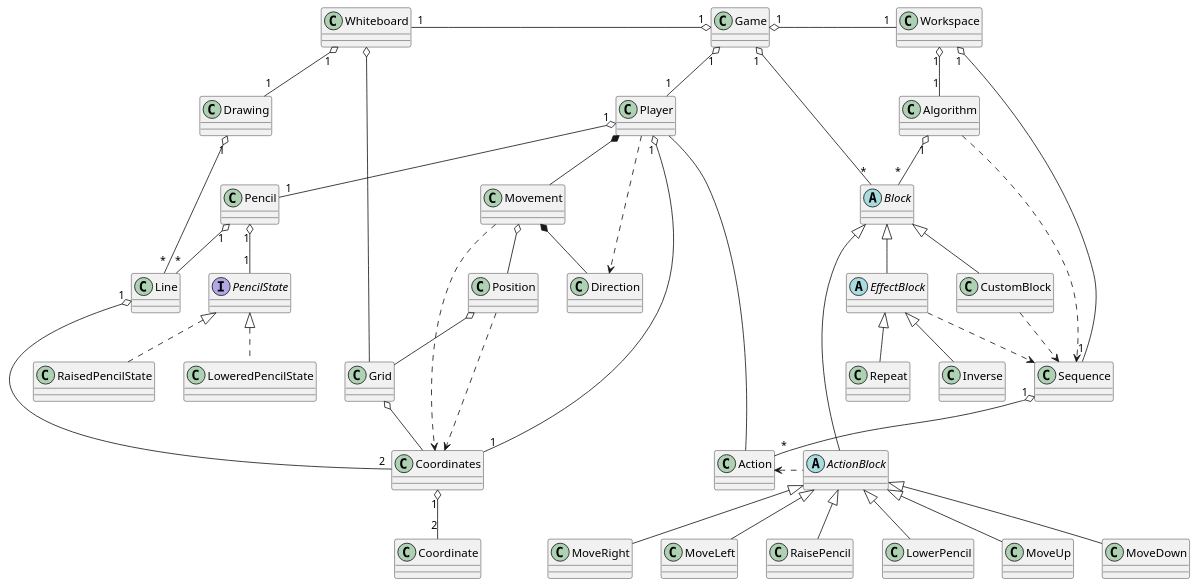
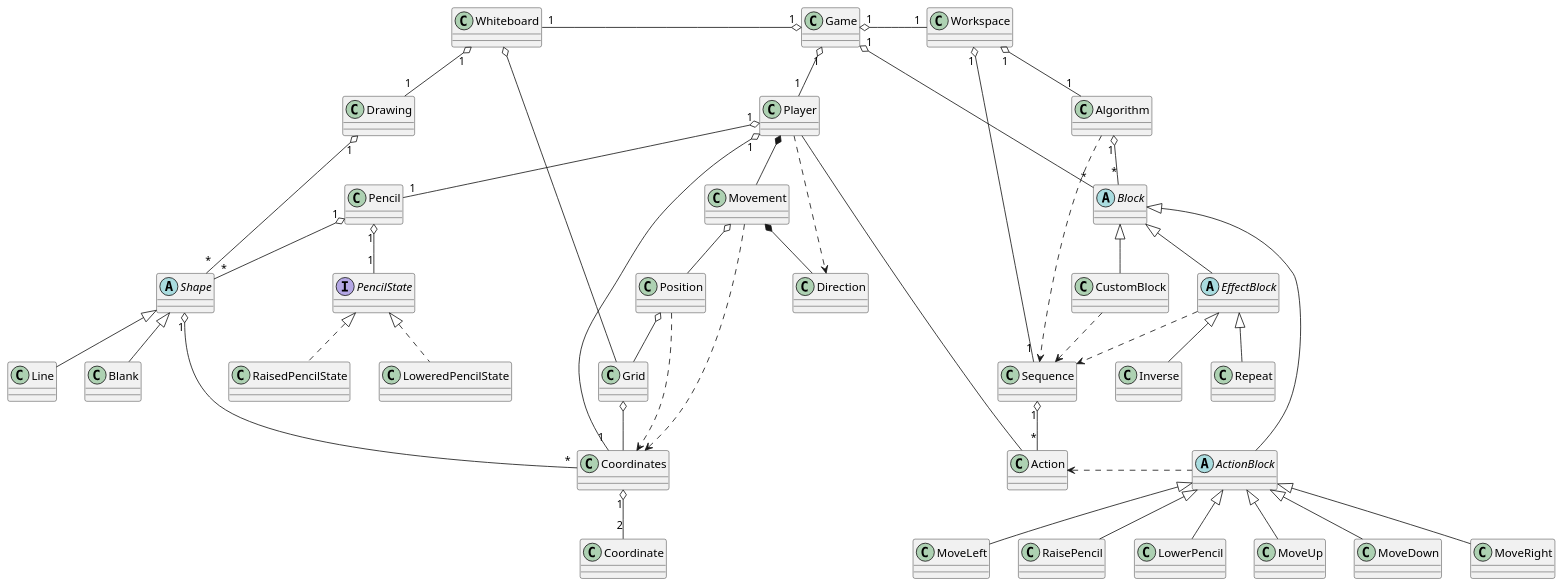
One commit to mati1297/tp2_algoblocks changed the diagram in diagrams/class.plantuml. Above: the diagram before and after it, drawn with PlantUML.

Commit message:
Added abstract class Shape and concrete class Blank (shape) to class diagram.

```diff
--- a/diagrams/class.plantuml
+++ b/diagrams/class.plantuml
@@ -1,182 +1,192 @@
 @startuml
 class Game {
 
 }
 
 class Player {
 
 }
 
 class Coordinates {
 
 }
 
 class Coordinate {
 
 }
 
 class Pencil {
 
 }
 
 interface PencilState {
 
 }
 
 class RaisedPencilState {
 
 }
 
 class LoweredPencilState {
 
 }
 
 class Whiteboard {
 
 }
 
 
 class Drawing {
 
 }
 
+abstract class Shape{
+
+}
+
 class Line {
+
+}
+
+class Blank {
 
 }
 
 class Workspace {
 
 }
 
 class Algorithm {
 
 }
 
 class Sequence {
 
 }
 
 class Action {
 
 }
 
 abstract class Block {
 
 }
 
 abstract class ActionBlock {
 
 }
 
 abstract class EffectBlock {
 
 }
 
 class MoveUp {
 
 }
 
 class MoveDown {
 
 }
 
 class MoveRight {
 
 }
 
 class MoveLeft {
 
 }
 
 class RaisePencil {
 
 }
 
 class LowerPencil {
 
 }
 
 class Repeat {
 
 }
 
 class Inverse {
 
 }
 
 class CustomBlock {
 
 }
 
 
 class Grid {
 
 }
 
 class Movement{
     
 }
 
 class Direction{
 
 }
 
 class Position{
-    
+
 }
 
 Game "1" o-- "1" Player
 Coordinates "1" o-- "2" Coordinate
 Player -- Action
 
 Player "1" o-- "1" Pencil
 Pencil "1" o-- "1" PencilState
 PencilState <|.. RaisedPencilState
 PencilState <|.. LoweredPencilState
 
 Game "1" o--left "1" Whiteboard
 Whiteboard "1" o-- "1" Drawing
-Drawing "1" o-- "*" Line
-Line "1" o-- "2" Coordinates
-Pencil "1" o-- "*" Line
+Drawing "1" o-- "*" Shape
+Shape "1" o-- "*" Coordinates
+Shape <|-- Line
+Shape <|-- Blank
+Pencil "1" o-- "*" Shape
 
 Game "1" o-- "*" Block
 Block <|-- EffectBlock
 Block <|-- ActionBlock
 Block <|-- CustomBlock
 
 Game "1" o--right "1" Workspace
 Workspace "1" o-- "1" Algorithm
 Algorithm "1" o-- "*" Block
 
 
 Workspace "1" o-- "1" Sequence
 Sequence "1" o-- "*" Action
 
 ActionBlock <|-- MoveUp
 ActionBlock <|-- MoveDown
 ActionBlock <|-- MoveRight
 ActionBlock <|-- MoveLeft
 ActionBlock <|-- LowerPencil
 ActionBlock <|-- RaisePencil
 Action <..right ActionBlock
 
 EffectBlock <|-- Repeat
 EffectBlock <|-- Inverse
 
 Player *-- Movement
 Movement o-- Position
 Position o-- Grid
 Player ..> Direction
 Movement *-- Direction
 Whiteboard o-- Grid
 Coordinates "1" --o "1" Player
 Grid o-- Coordinates
 Position ..> Coordinates
 Movement ..> Coordinates
 
 
 Algorithm ..> Sequence
 EffectBlock ..> Sequence
 CustomBlock ..> Sequence
 @enduml
```
